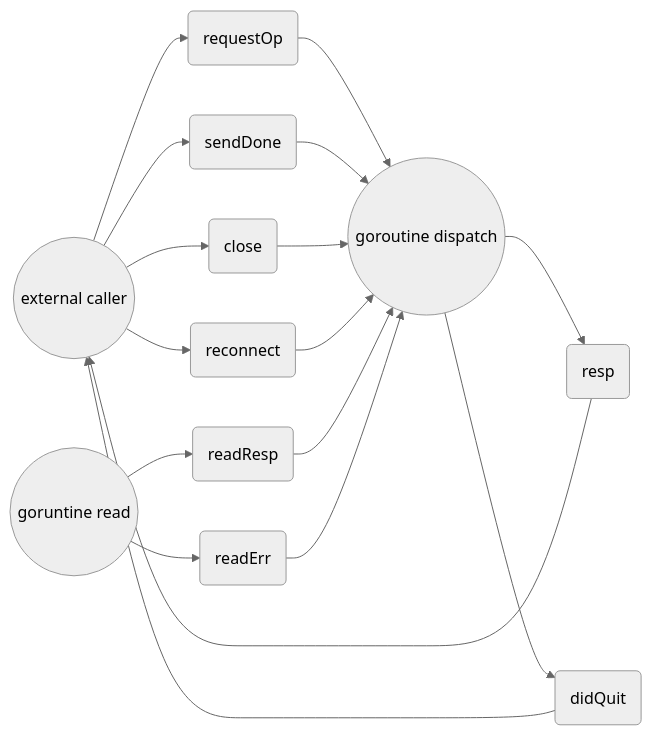
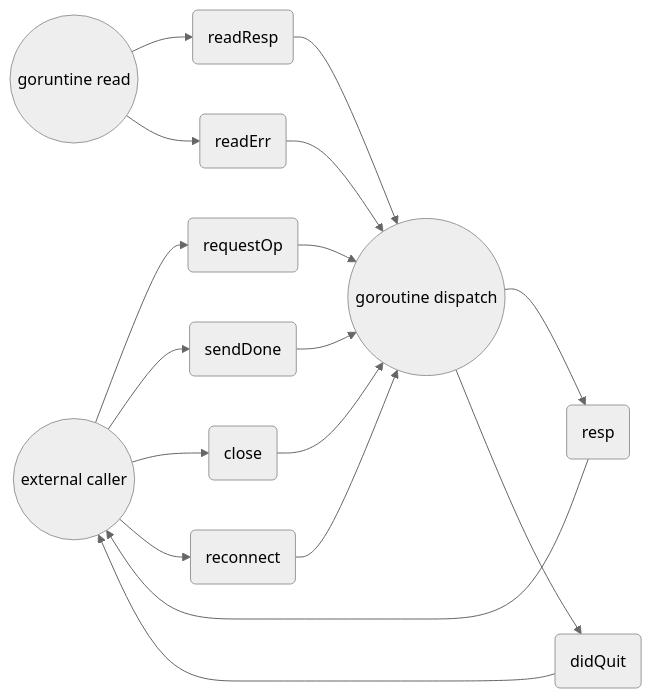
Before and after one commit to agiletechvn/go-ethereum-code-analysis: the diagram in rpc-analysis.md, drawn with Mermaid (neutral theme). The commit also changed 1 other file, not shown here.

Commit message:
update doc for rpc

````diff
--- a/rpc-analysis.md
+++ b/rpc-analysis.md
@@ -1075,37 +1075,39 @@
 ```mermaid
 graph LR
     id1((external caller))
 		id2((goroutine dispatch))
 		id3((goruntine read))
 
 		ro(requestOp)
 		sd(sendDone)
 		resp(resp)
 		close(close)
 		dq(didQuit)
 		rc(reconnect)
 
 
 
 		rr(readResp)
 		re(readErr)
 
 
 		id1 --> ro
+		id1 --> sd
+		id1 --> close
+		id1 --> rc
+		resp --> id1
+		dq --> id1
+
+		id2 --> resp
+		id2 --> dq
 		ro --> id2
-		id1 --> sd
+		rr --> id2
+		re --> id2
 		sd --> id2
-		id2 --> resp
-		resp --> id1
-		id1 --> close
 		close --> id2
-		id2 --> dq
-		dq --> id1
-		id1 --> rc
 		rc --> id2
 
 		id3 --> rr
-		rr --> id2
 		id3 --> re
-		re --> id2
+
 ```
````
